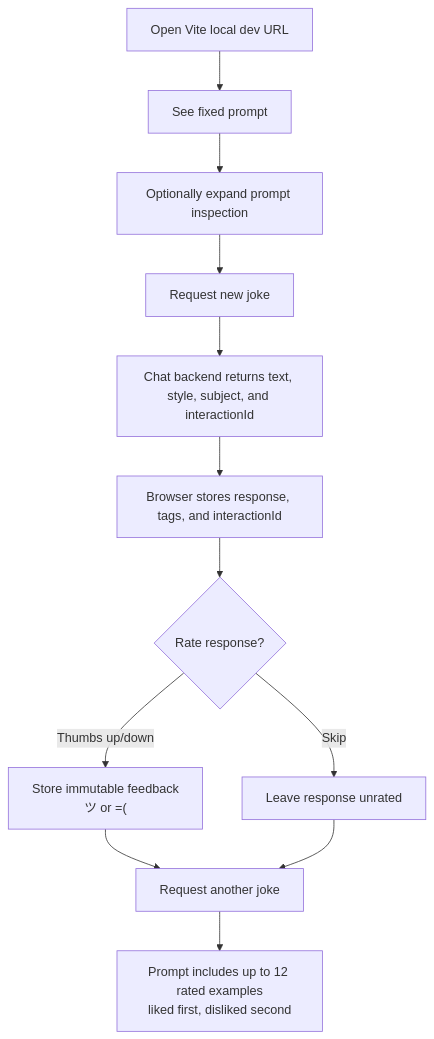
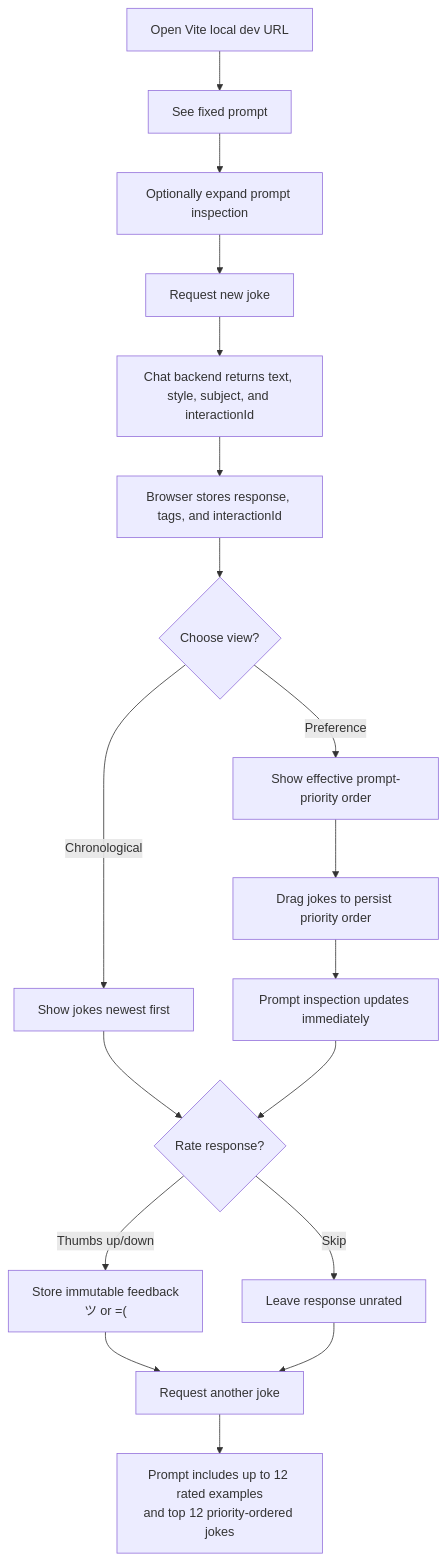
One commit to johnpfeiffer/joker changed the second of 2 diagrams in architecture.md. Above: the diagram before and after it, drawn with Mermaid. The commit also changed other lines of this file and 12 other files, not shown here.

````diff
--- a/architecture.md
+++ b/architecture.md
@@ -22,14 +22,20 @@
 ```mermaid
 flowchart TD
   A["Open Vite local dev URL"] --> B["See fixed prompt"]
   B --> K["Optionally expand prompt inspection"]
   K --> C["Request new joke"]
   C --> D["Chat backend returns text, style, subject, and interactionId"]
   D --> E["Browser stores response, tags, and interactionId"]
-  E --> F{"Rate response?"}
+  E --> L{"Choose view?"}
+  L -->|"Chronological"| M["Show jokes newest first"]
+  L -->|"Preference"| N["Show effective prompt-priority order"]
+  N --> O["Drag jokes to persist priority order"]
+  O --> P["Prompt inspection updates immediately"]
+  M --> F{"Rate response?"}
+  P --> F{"Rate response?"}
   F -->|"Thumbs up/down"| G["Store immutable feedback<br/>ツ or =("]
   F -->|"Skip"| H["Leave response unrated"]
   G --> I["Request another joke"]
   H --> I
-  I --> J["Prompt includes up to 12 rated examples<br/>liked first, disliked second"]
+  I --> J["Prompt includes up to 12 rated examples<br/>and top 12 priority-ordered jokes"]
 ```
````
